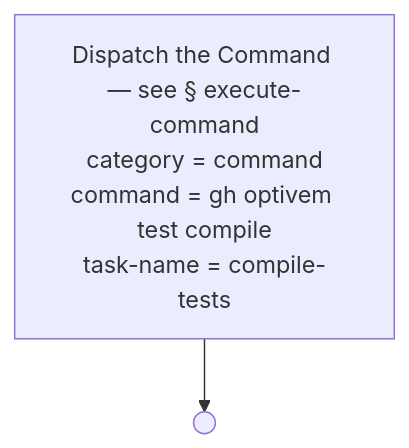
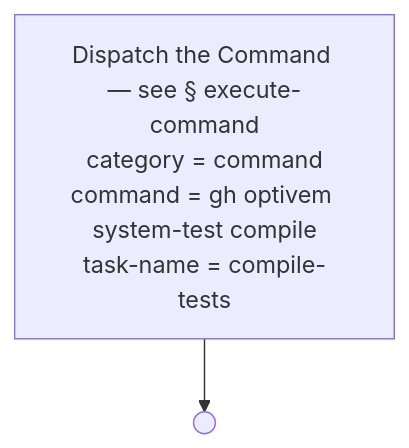
Before and after one commit to optivem/gh-optivem: diagram 36 of 54 in docs/process-diagram.md, drawn with Mermaid. The commit also changed other lines of this file and 4 other files, not shown here.

Commit message:
atdd: regenerate process-flow diagram

````diff
--- a/docs/process-diagram.md
+++ b/docs/process-diagram.md
@@ -672,7 +672,7 @@
 ```mermaid
 flowchart TD
-    EXECUTE_COMMAND["Dispatch the Command — see § execute-command<br/>category = command<br/>command = gh optivem test compile<br/>task-name = compile-tests"]
+    EXECUTE_COMMAND["Dispatch the Command — see § execute-command<br/>category = command<br/>command = gh optivem system-test compile<br/>task-name = compile-tests"]
     COMPILE_TESTS_END(( ))
 
     EXECUTE_COMMAND --> COMPILE_TESTS_END
 ```
````
